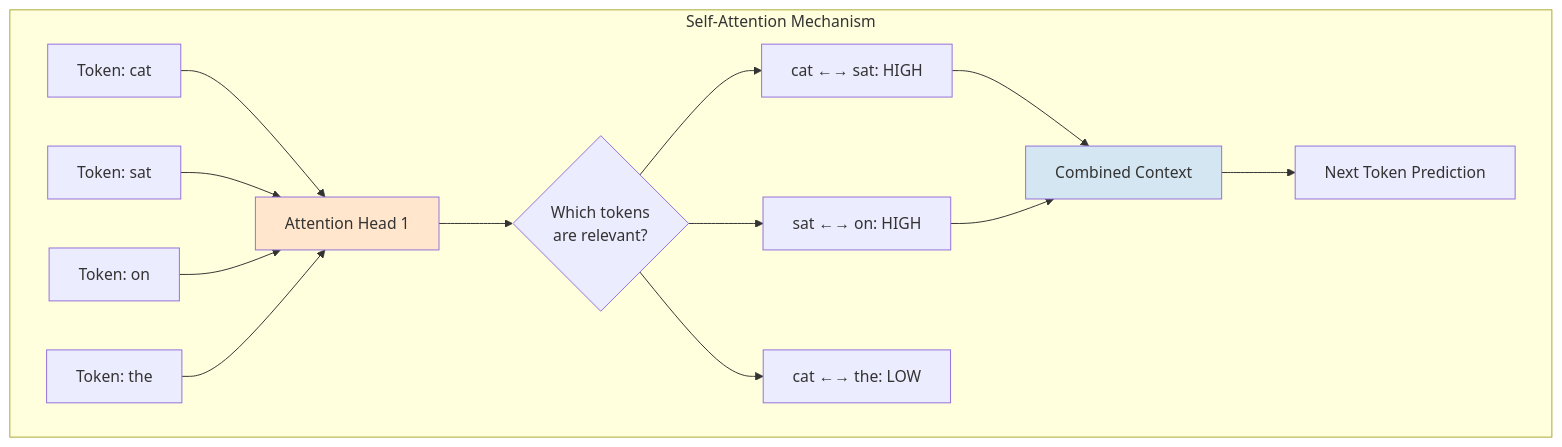
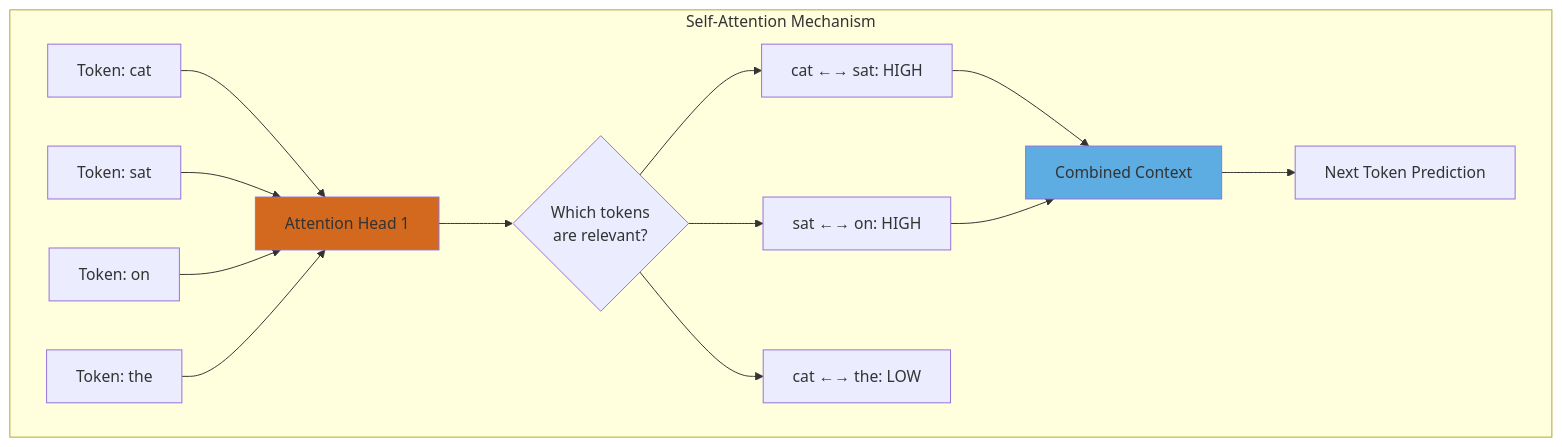
One commit to neonconsultingllc/AI-Research changed the seventh of 40 diagrams in 20251101-arxiv-2510-26745-analysis-and-implications.md. Above: the diagram before and after it, drawn with Mermaid. The commit also changed other lines of this file, not shown here.

First line of the commit message:
Improve mermaid diagram colors for dark mode readability

````diff
--- a/20251101-arxiv-2510-26745-analysis-and-implications.md
+++ b/20251101-arxiv-2510-26745-analysis-and-implications.md
@@ -874,20 +874,20 @@
 ```mermaid
 graph TD
     subgraph Attention["Self-Attention Mechanism"]
         T1[Token: cat] --> A1[Attention Head 1]
         T2[Token: sat] --> A1
         T3[Token: on] --> A1
         T4[Token: the] --> A1
         
         A1 --> W1{Which tokens<br/>are relevant?}
         W1 --> R1[cat ←→ sat: HIGH]
         W1 --> R2[sat ←→ on: HIGH]
         W1 --> R3[cat ←→ the: LOW]
         
         R1 & R2 --> C[Combined Context]
         C --> N[Next Token Prediction]
         
-        style A1 fill:#FFE6CC
-        style C fill:#D4E6F1
+        style A1 fill:#D2691E
+        style C fill:#5DADE2
     end
 ```
````
